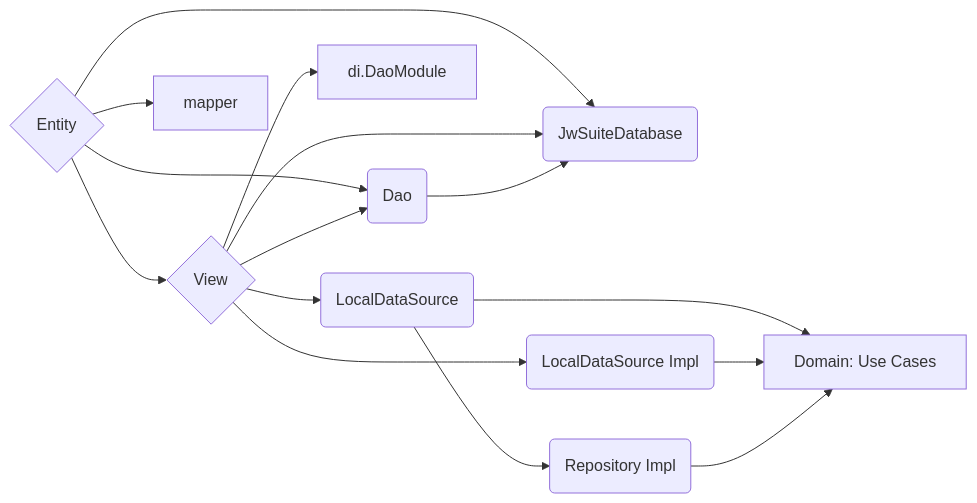
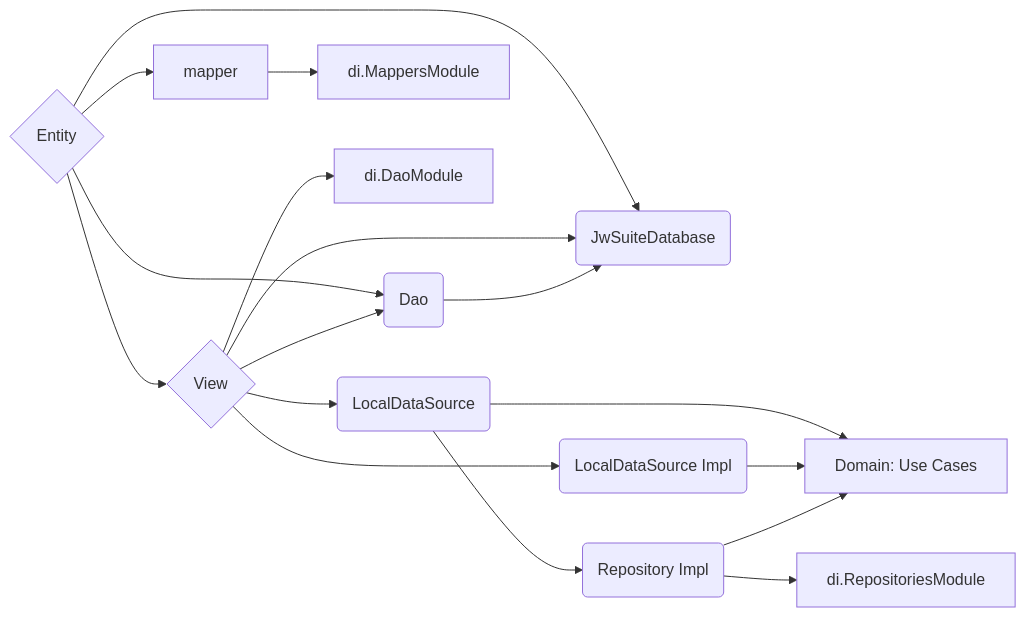
The first of 3 diagrams in data/src/main/java/com/oborodulin/jwsuite/data/package.md (oborodulin/jwsuite), drawn with Mermaid before and after one commit. The commit also changed 121 other files, not shown here.

````diff
--- a/data/src/main/java/com/oborodulin/jwsuite/data/package.md
+++ b/data/src/main/java/com/oborodulin/jwsuite/data/package.md
@@ -7,17 +7,17 @@
 ```mermaid
 graph LR
     A{Entity} --> B(Dao)
     A --> C{View}
     A --> D(JwSuiteDatabase)
-    A --> mapper
+    A --> mapper --> di.MappersModule
     C --> B(Dao)
     C --> D(JwSuiteDatabase)
     B --> D(JwSuiteDatabase)
     C --> E[di.DaoModule]
     C --> F(LocalDataSource)
     C --> G(LocalDataSource Impl)
     F --> I[di.LocalDataSourcesModule]
     G --> I[di.LocalDataSourcesModule]
-    F --> H(Repository Impl)
+    F --> H(Repository Impl) --> di.RepositoriesModule
     H --> I[Domain: Use Cases]
 ```
````
